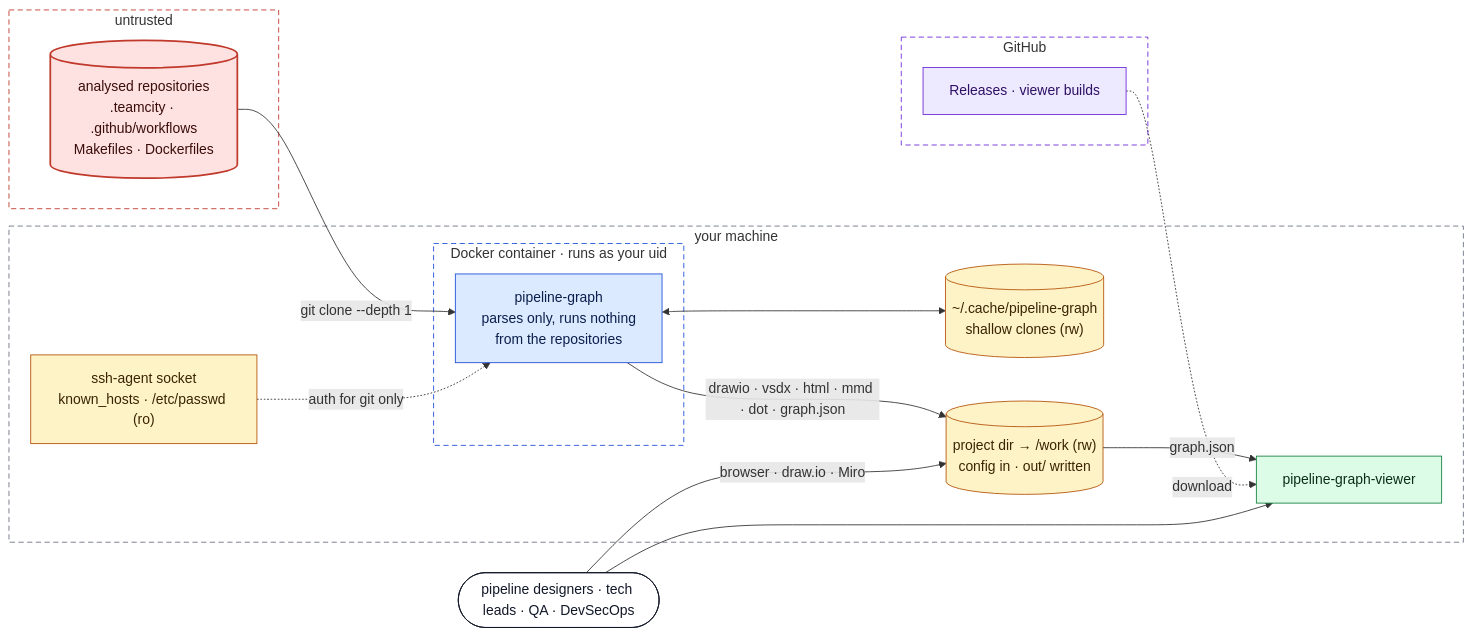
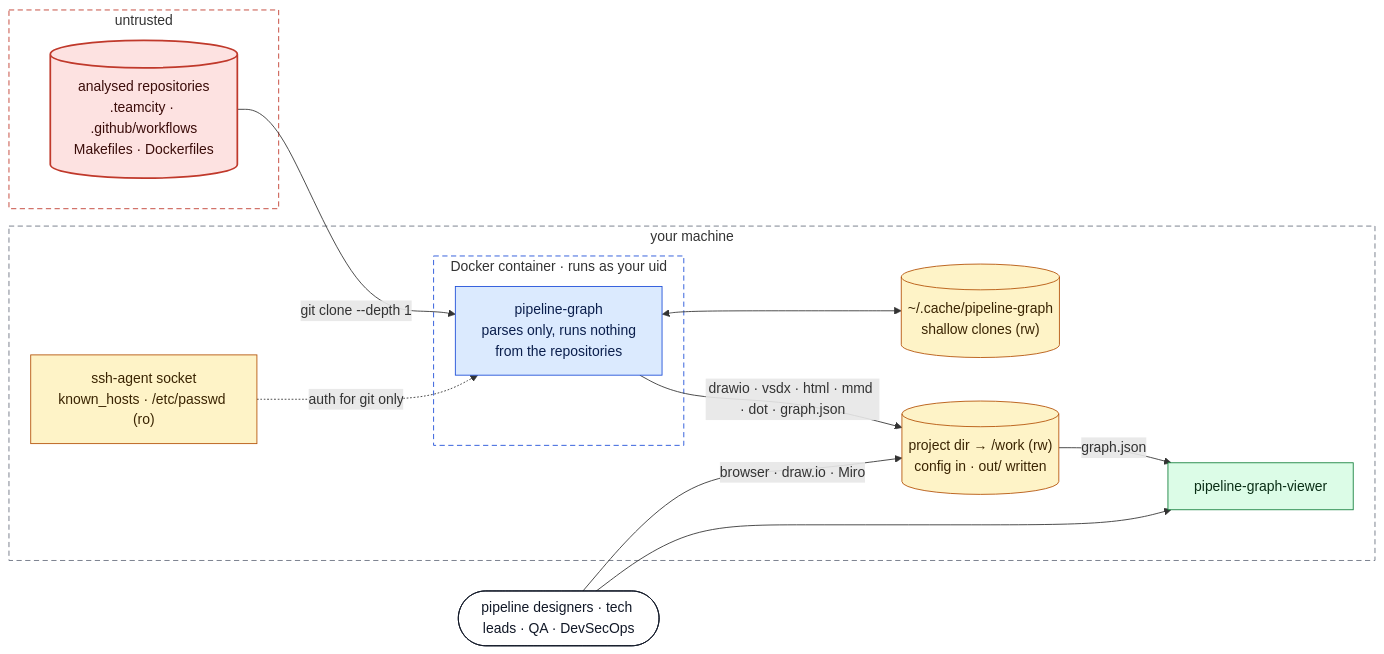
Before and after one commit to Avicted/tools.pipeline-graph: the first of 10 diagrams in docs/architecture.md, drawn with Mermaid. The commit also changed other lines of this file and 3 other files, not shown here.

````diff
--- a/docs/architecture.md
+++ b/docs/architecture.md
@@ -28,44 +28,37 @@
 ```mermaid
 flowchart LR
     users(["pipeline designers · tech leads · QA · DevSecOps"])
     subgraph untrusted["untrusted"]
         repos[("analysed repositories<br/>.teamcity · .github/workflows<br/>Makefiles · Dockerfiles")]
     end
     subgraph host["your machine"]
         subgraph box["Docker container · runs as your uid"]
             cli["pipeline-graph<br/>parses only, runs nothing<br/>from the repositories"]
         end
         creds["ssh-agent socket<br/>known_hosts · /etc/passwd (ro)"]
         cache[("~/.cache/pipeline-graph<br/>shallow clones (rw)")]
         out[("project dir → /work (rw)<br/>config in · out/ written")]
         viewer["pipeline-graph-viewer"]
     end
-    subgraph gh["GitHub"]
-        rel["Releases · viewer builds"]
-    end
     repos -- "git clone --depth 1" --> cli
     creds -. "auth for git only" .-> cli
     cli <--> cache
     cli -- "drawio · vsdx · html · mmd · dot · graph.json" --> out
     out -- "graph.json" --> viewer
-    rel -. "download" .-> viewer
     users --> viewer
     users -- "browser · draw.io · Miro" --> out
 
     classDef untrusted fill:#fde2e1,stroke:#c0392b,color:#3b0d0a,stroke-width:2px
     classDef go fill:#dbeafe,stroke:#1d4ed8,color:#0b1f4d
     classDef data fill:#fef3c7,stroke:#b45309,color:#3a2402
     classDef rust fill:#dcfce7,stroke:#15803d,color:#0a2e16
-    classDef hosted fill:#ede9fe,stroke:#6d28d9,color:#2e1065
     classDef actor fill:#ffffff,stroke:#111827,color:#111827
     class repos untrusted
     class cli go
     class creds,cache,out data
     class viewer rust
-    class rel hosted
     class users actor
     style untrusted fill:none,stroke:#c0392b,stroke-dasharray:6 4
     style host fill:none,stroke:#6b7280,stroke-dasharray:6 4
     style box fill:none,stroke:#1d4ed8,stroke-dasharray:6 4
-    style gh fill:none,stroke:#6d28d9,stroke-dasharray:6 4
 ```
````
